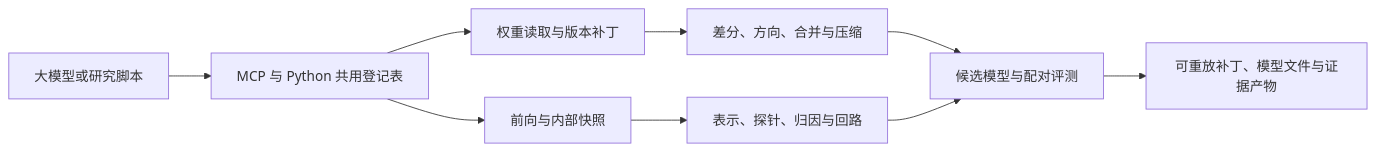
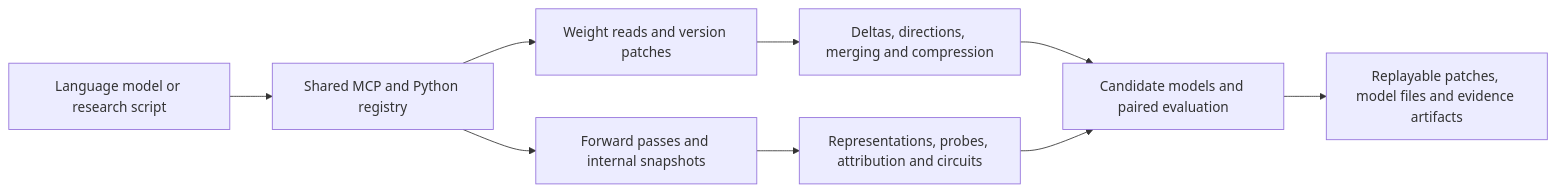
Before and after one commit to ZeroTang05/WSP-toolkit: the diagram in docs/tool-inventory.md, drawn with Mermaid. The commit also changed other lines of this file and 114 other files, not shown here.

````diff
--- a/docs/tool-inventory.md
+++ b/docs/tool-inventory.md
@@ -9,11 +9,11 @@
 ```mermaid
 flowchart LR
-    A[大模型或研究脚本] --> B[MCP 与 Python 共用登记表]
-    B --> C[权重读取与版本补丁]
-    B --> D[前向与内部快照]
-    C --> E[差分、方向、合并与压缩]
-    D --> F[表示、探针、归因与回路]
-    E --> G[候选模型与配对评测]
+    A[Language model or research script] --> B[Shared MCP and Python registry]
+    B --> C[Weight reads and version patches]
+    B --> D[Forward passes and internal snapshots]
+    C --> E[Deltas, directions, merging and compression]
+    D --> F[Representations, probes, attribution and circuits]
+    E --> G[Candidate models and paired evaluation]
     F --> G
-    G --> H[可重放补丁、模型文件与证据产物]
+    G --> H[Replayable patches, model files and evidence artifacts]
 ```
````
